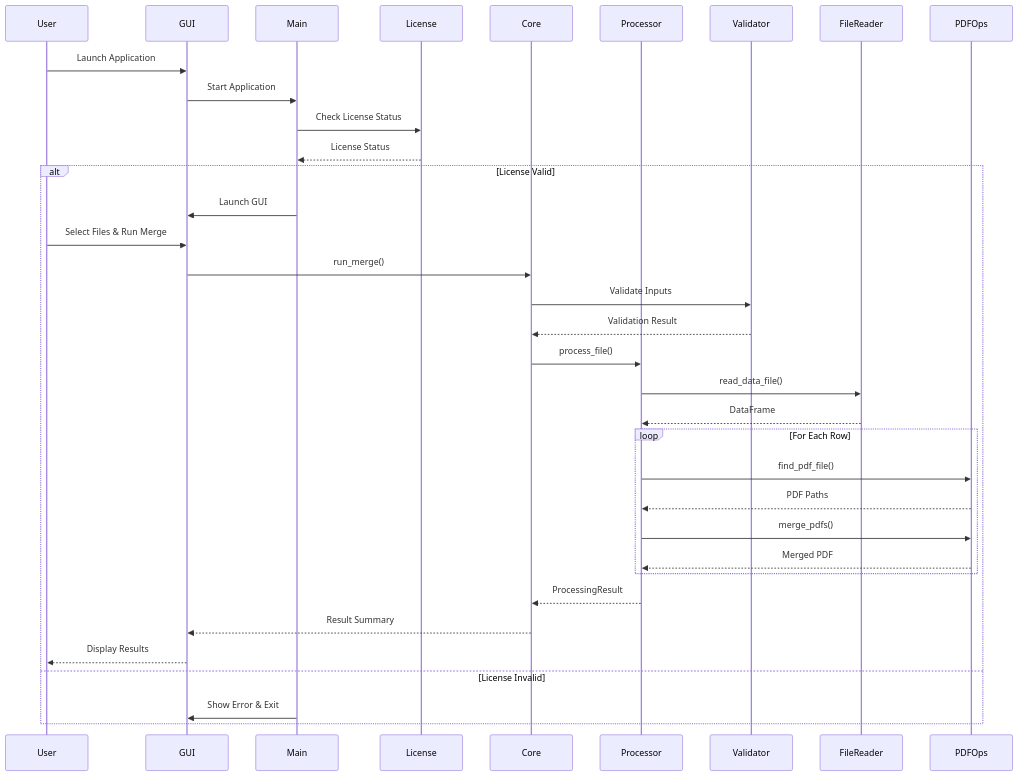
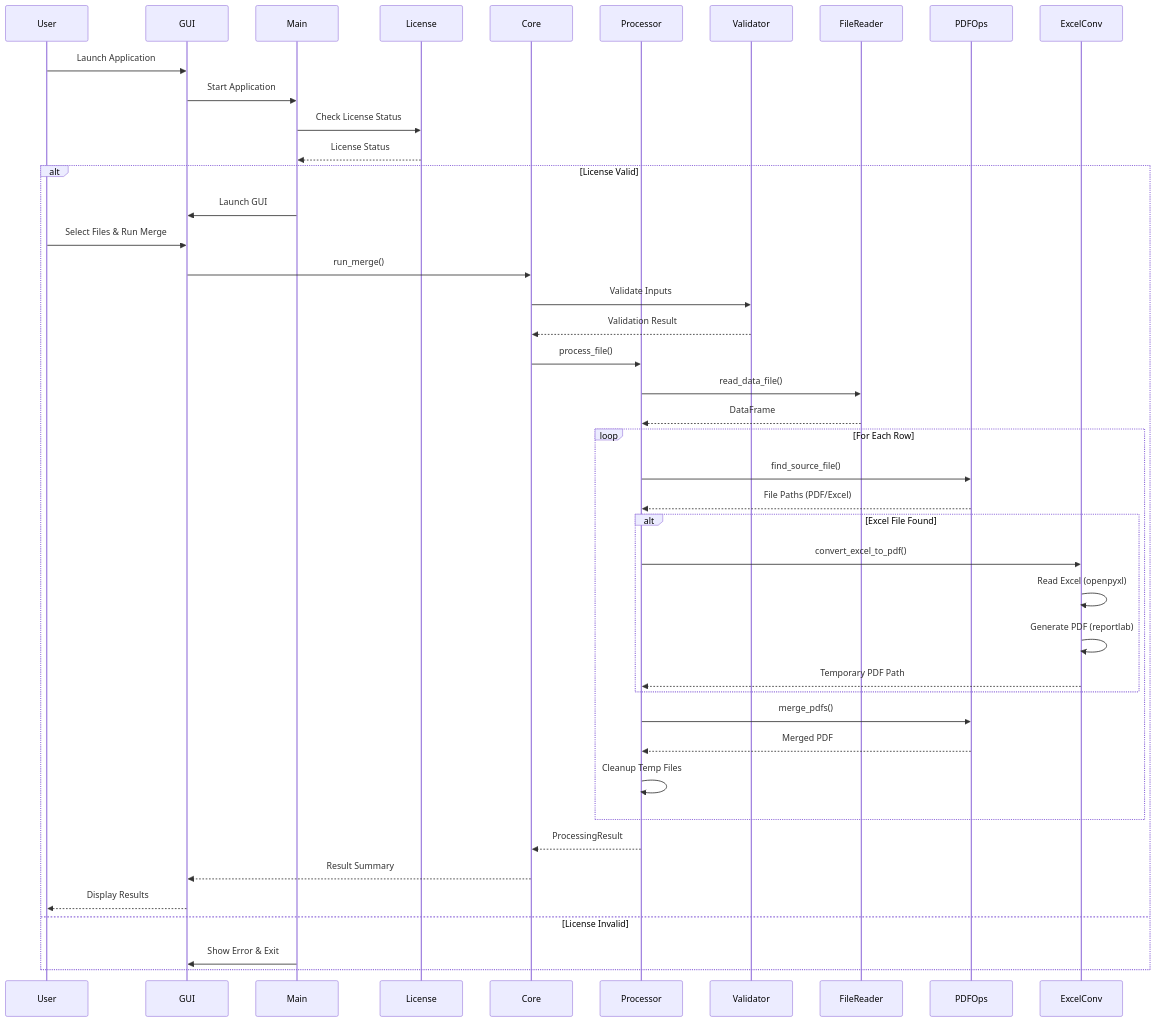
The second of 6 diagrams in ARCHITECTURE.md (Yoavsb25/files_unifeder), drawn with Mermaid before and after one commit. The commit also changed other lines of this file and 36 other files, not shown here.

First line of the commit message:
Support excel files to pdf (#10)

````diff
--- a/ARCHITECTURE.md
+++ b/ARCHITECTURE.md
@@ -78,39 +82,47 @@
 ```mermaid
 sequenceDiagram
     participant User
     participant GUI
     participant Main
     participant License
     participant Core
     participant Processor
     participant Validator
     participant FileReader
     participant PDFOps
+    participant ExcelConv
     
     User->>GUI: Launch Application
     GUI->>Main: Start Application
     Main->>License: Check License Status
     License-->>Main: License Status
     
     alt License Valid
         Main->>GUI: Launch GUI
         User->>GUI: Select Files & Run Merge
         GUI->>Core: run_merge()
         Core->>Validator: Validate Inputs
         Validator-->>Core: Validation Result
         Core->>Processor: process_file()
         Processor->>FileReader: read_data_file()
         FileReader-->>Processor: DataFrame
         loop For Each Row
-            Processor->>PDFOps: find_pdf_file()
-            PDFOps-->>Processor: PDF Paths
-            Processor->>PDFOps: merge_pdfs()
-            PDFOps-->>Processor: Merged PDF
+        Processor->>PDFOps: find_source_file()
+        PDFOps-->>Processor: File Paths (PDF/Excel)
+        alt Excel File Found
+            Processor->>ExcelConv: convert_excel_to_pdf()
+            ExcelConv->>ExcelConv: Read Excel (openpyxl)
+            ExcelConv->>ExcelConv: Generate PDF (reportlab)
+            ExcelConv-->>Processor: Temporary PDF Path
+        end
+        Processor->>PDFOps: merge_pdfs()
+        PDFOps-->>Processor: Merged PDF
+        Processor->>Processor: Cleanup Temp Files
         end
         Processor-->>Core: ProcessingResult
         Core-->>GUI: Result Summary
         GUI-->>User: Display Results
     else License Invalid
         Main->>GUI: Show Error & Exit
     end
 ```
````
